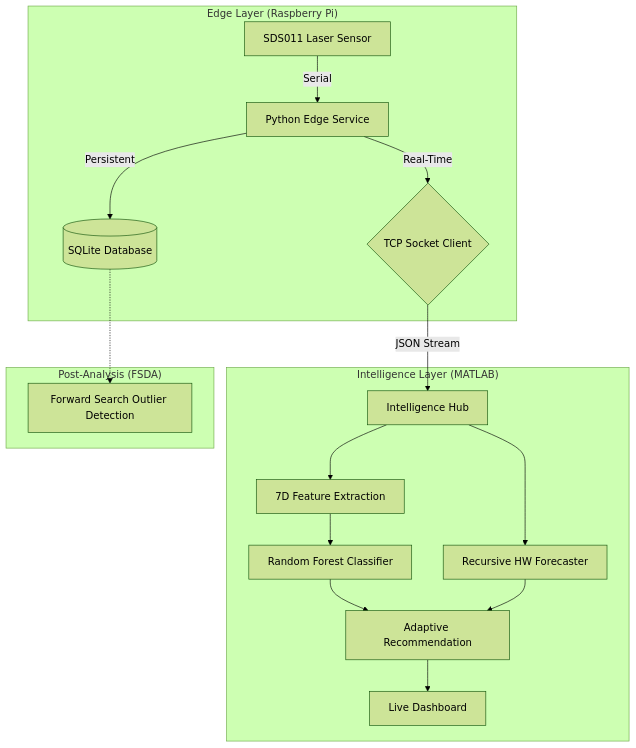
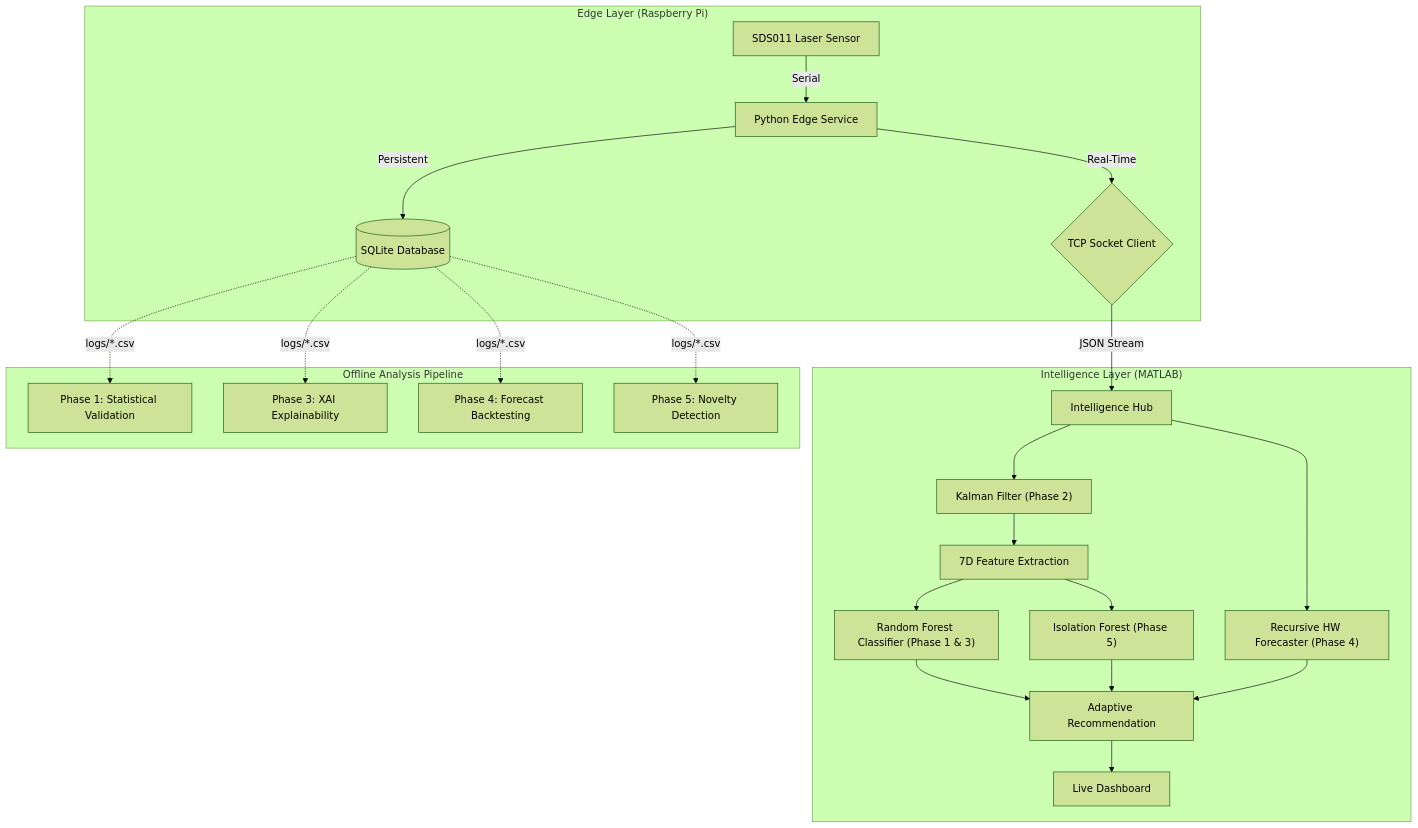
The diagram in README.md (Ibrahimboutal/Intelligent-Air-Quality-System-with-Source-Detection-and-Adaptive-Recommendations), drawn with Mermaid (forest theme) before and after one commit. The commit also changed other lines of this file and 12 other files, not shown here.

Commit message:
feat: implement advanced air quality monitoring system with Kalman filtering, Isolation Forest anomaly detection, and multi-horizon forecasting tools.

````diff
--- a/README.md
+++ b/README.md
@@ -28,22 +27,28 @@
 ```mermaid
 flowchart TD
     subgraph "Edge Layer (Raspberry Pi)"
         A[SDS011 Laser Sensor] -->|Serial| B[Python Edge Service]
         B -->|Persistent| C[(SQLite Database)]
         B -->|Real-Time| D{TCP Socket Client}
     end
-    
+
     subgraph "Intelligence Layer (MATLAB)"
         D -->|JSON Stream| E[Intelligence Hub]
-        E --> F[7D Feature Extraction]
-        F --> G[Random Forest Classifier]
-        E --> H[Recursive HW Forecaster]
+        E --> KF["Kalman Filter (Phase 2)"]
+        KF --> F[7D Feature Extraction]
+        F --> G["Random Forest Classifier (Phase 1 & 3)"]
+        F --> IF["Isolation Forest (Phase 5)"]
+        E --> H["Recursive HW Forecaster (Phase 4)"]
         G --> I[Adaptive Recommendation]
+        IF --> I
         H --> I
         I --> J[Live Dashboard]
     end
-    
-    subgraph "Post-Analysis (FSDA)"
-        C -.-> K[Forward Search Outlier Detection]
+
+    subgraph "Offline Analysis Pipeline"
+        C -.->|logs/*.csv| P1["Phase 1: Statistical Validation"]
+        C -.->|logs/*.csv| P3["Phase 3: XAI Explainability"]
+        C -.->|logs/*.csv| P4["Phase 4: Forecast Backtesting"]
+        C -.->|logs/*.csv| P5["Phase 5: Novelty Detection"]
     end
 ```
````
